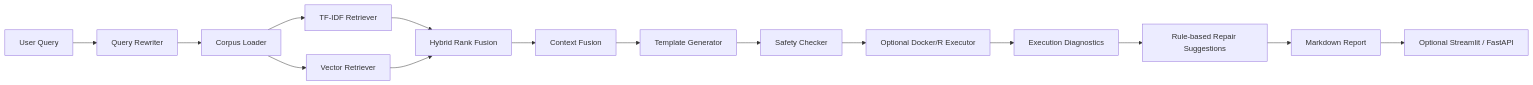
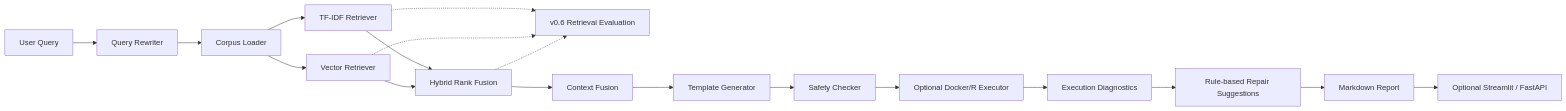
One commit to Roboute-ex/RStats-Agent-RAG changed the diagram in README.md. Above: the diagram before and after it, drawn with Mermaid. The commit also changed other lines of this file and 29 other files, not shown here.

Commit message:
Release v0.6 retrieval evaluation and regression guardrails

````diff
--- a/README.md
+++ b/README.md
@@ -11,17 +11,20 @@
 ```mermaid
 flowchart LR
   Q["User Query"] --> QR["Query Rewriter"]
   QR --> CL["Corpus Loader"]
   CL --> TF["TF-IDF Retriever"]
   CL --> VE["Vector Retriever"]
   TF --> HF["Hybrid Rank Fusion"]
   VE --> HF
+  TF -.-> RE["v0.6 Retrieval Evaluation"]
+  VE -.-> RE
+  HF -.-> RE
   HF --> CF["Context Fusion"]
   CF --> TG["Template Generator"]
   TG --> SC["Safety Checker"]
   SC --> EX["Optional Docker/R Executor"]
   EX --> DG["Execution Diagnostics"]
   DG --> RP["Rule-based Repair Suggestions"]
   RP --> MD["Markdown Report"]
   MD --> WEB["Optional Streamlit / FastAPI"]
 ```
````
